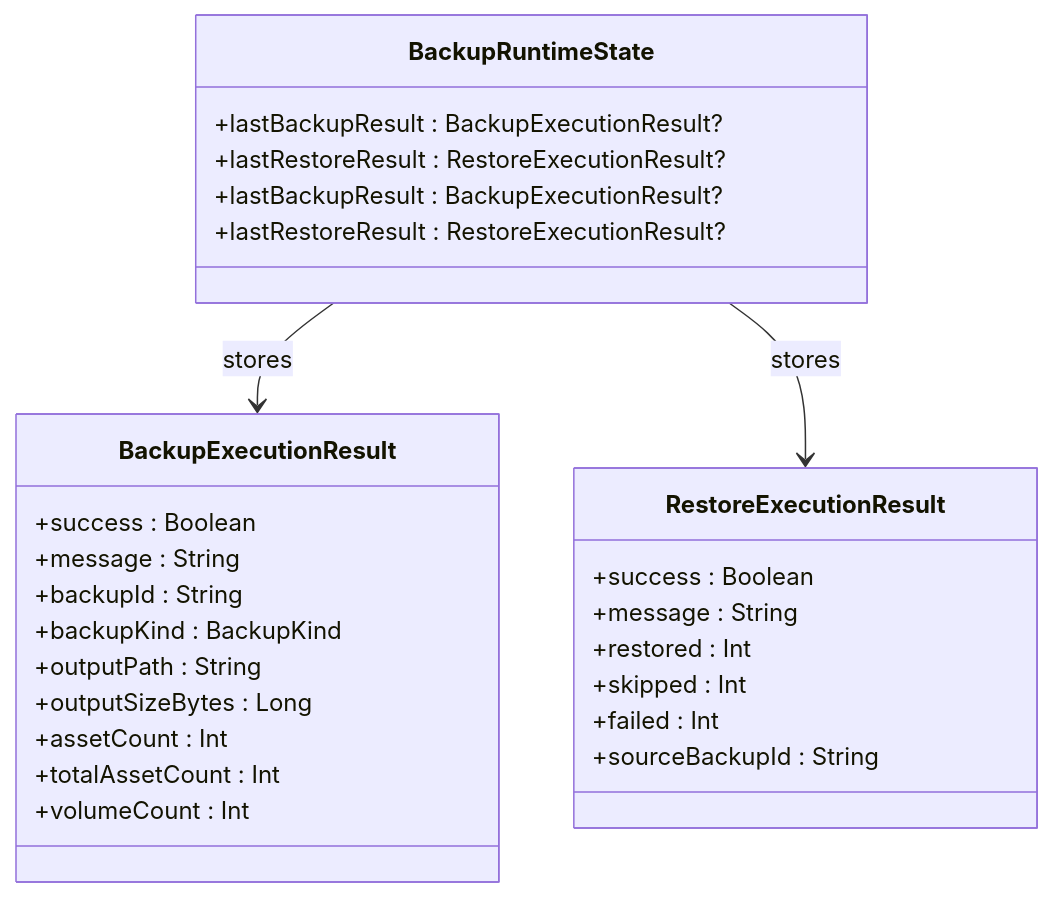
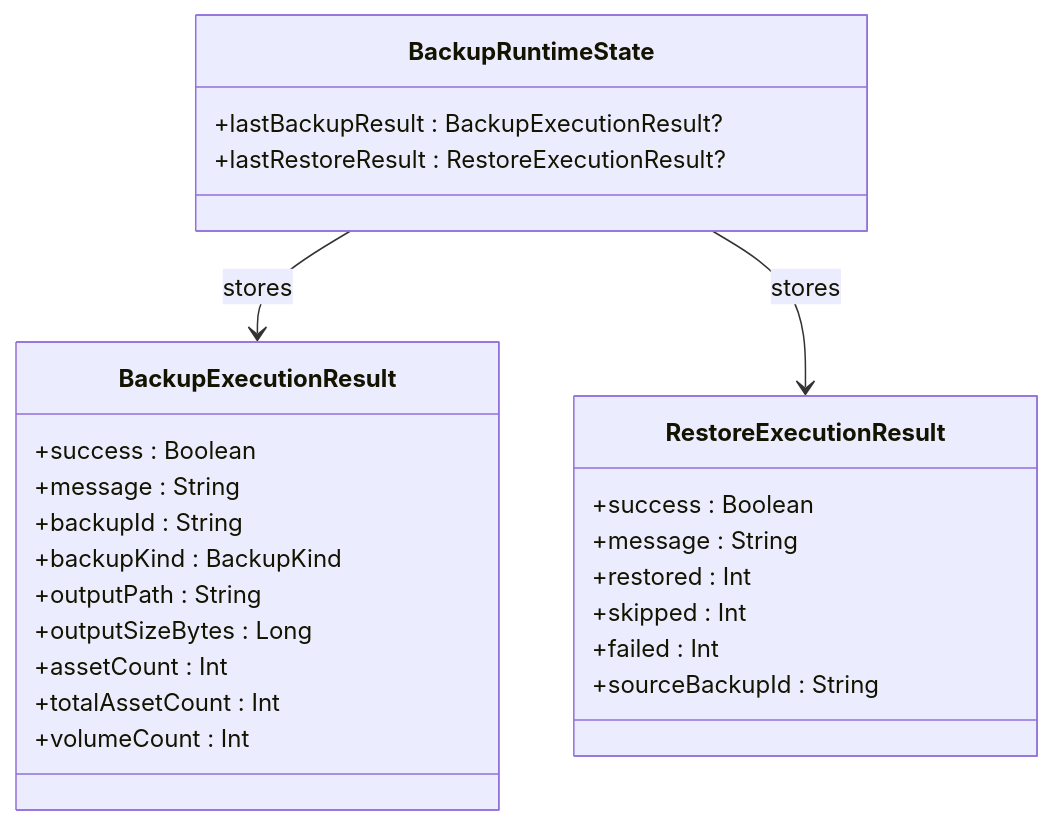
The fourth of 7 diagrams in .qoder/repowiki/zh/content/UI组件系统/恢复进度界面.md (wanhongbo/ai-photo-vault), drawn with Mermaid before and after one commit. The commit also changed other lines of this file and 22 other files, not shown here.

````diff
--- a/.qoder/repowiki/zh/content/UI组件系统/恢复进度界面.md
+++ b/.qoder/repowiki/zh/content/UI组件系统/恢复进度界面.md
@@ -176,30 +203,28 @@
 ```mermaid
 classDiagram
 class BackupRuntimeState {
-+lastBackupResult : BackupExecutionResult?
-+lastRestoreResult : RestoreExecutionResult?
 +lastBackupResult : BackupExecutionResult?
 +lastRestoreResult : RestoreExecutionResult?
 }
 class BackupExecutionResult {
 +success : Boolean
 +message : String
 +backupId : String
 +backupKind : BackupKind
 +outputPath : String
 +outputSizeBytes : Long
 +assetCount : Int
 +totalAssetCount : Int
 +volumeCount : Int
 }
 class RestoreExecutionResult {
 +success : Boolean
 +message : String
 +restored : Int
 +skipped : Int
 +failed : Int
 +sourceBackupId : String
 }
 BackupRuntimeState --> BackupExecutionResult : stores
 BackupRuntimeState --> RestoreExecutionResult : stores
 ```
````
